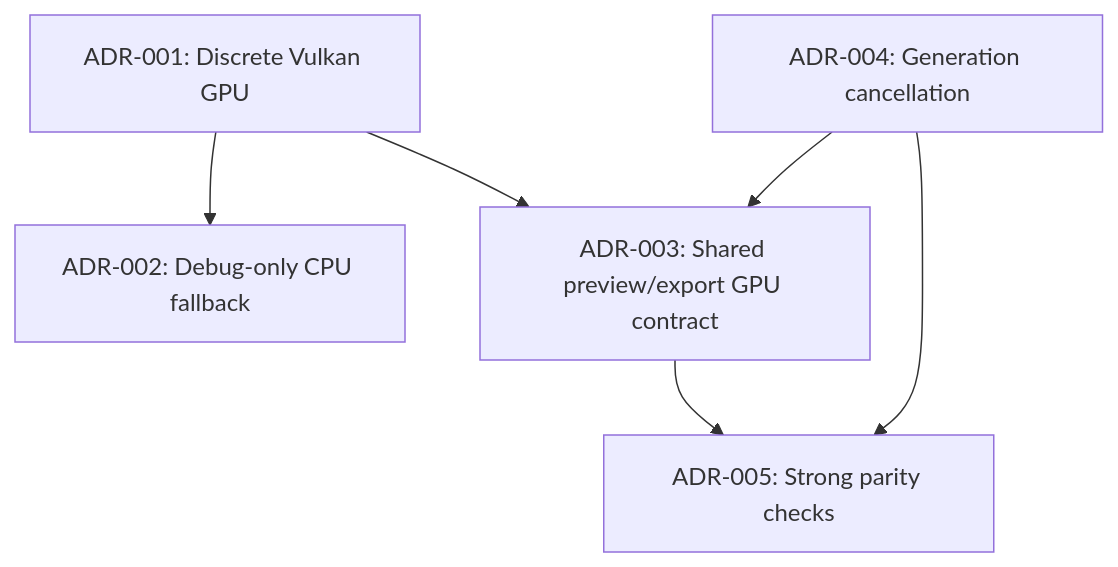
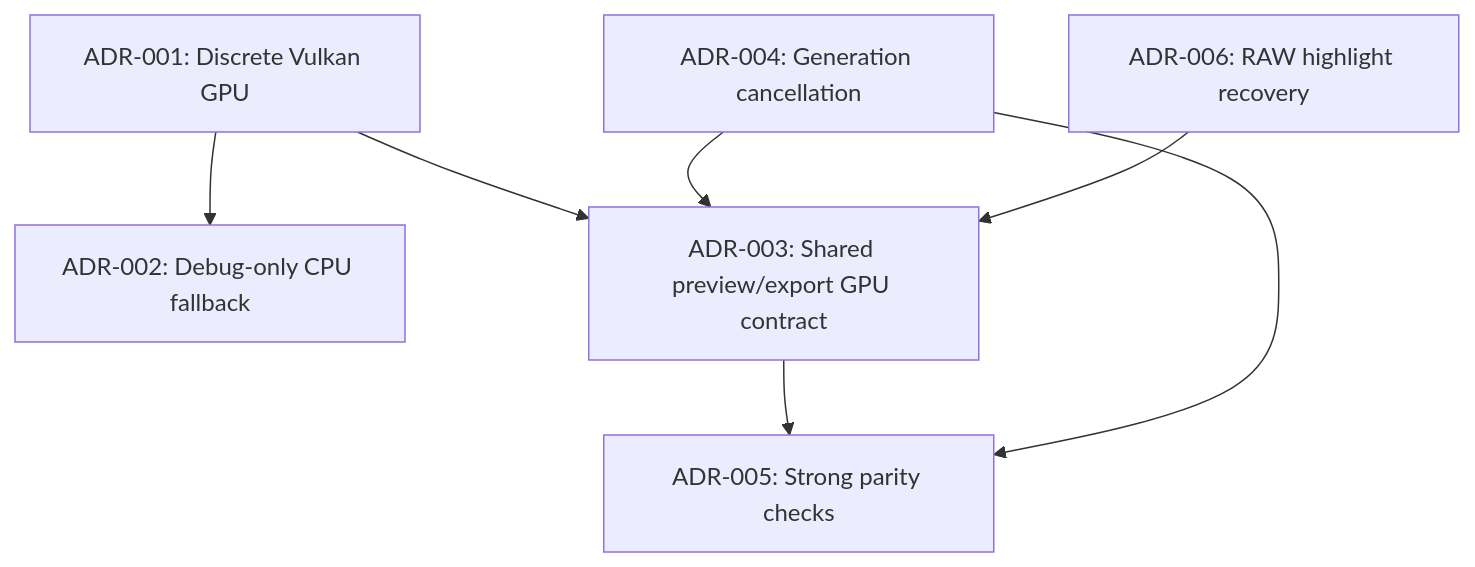
Before and after one commit to divanvisagie/Photograph: the diagram in docs/pipeline-decisions.md, drawn with Mermaid. The commit also changed other lines of this file and 4 other files, not shown here.

````diff
--- a/docs/pipeline-decisions.md
+++ b/docs/pipeline-decisions.md
@@ -57,8 +71,9 @@
 ```mermaid
 flowchart TD
     A[ADR-001: Discrete Vulkan GPU] --> B[ADR-002: Debug-only CPU fallback]
     A --> C[ADR-003: Shared preview/export GPU contract]
     C --> E[ADR-005: Strong parity checks]
     D[ADR-004: Generation cancellation] --> C
     D --> E
+    F[ADR-006: RAW highlight recovery] --> C
 ```
````
